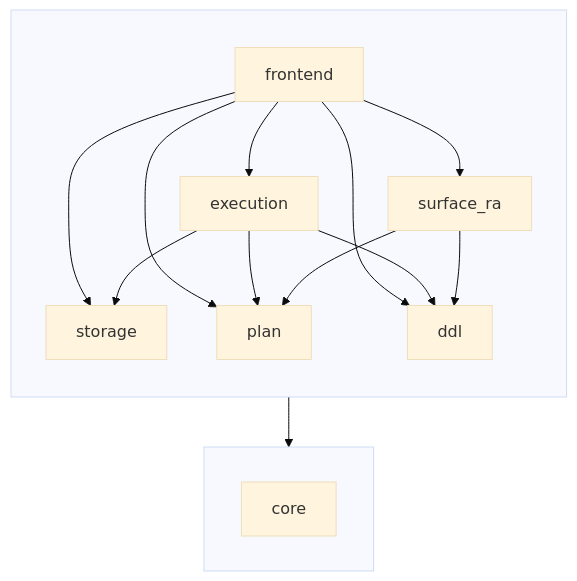
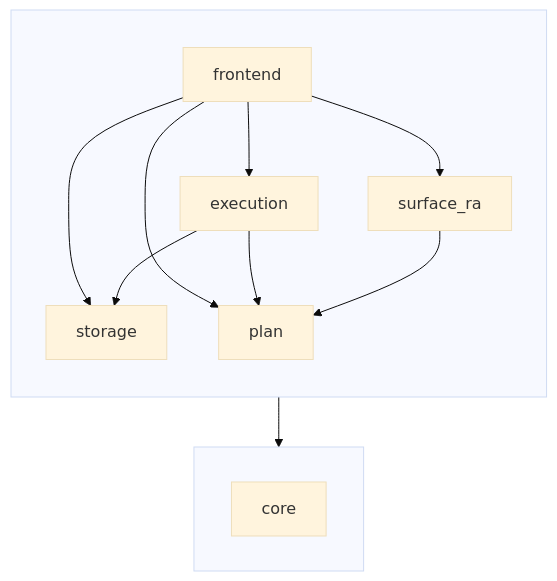
One commit to notahat/dovetail changed the diagram in docs/architecture.md. Above: the diagram before and after it, drawn with Mermaid (base theme). The commit also changed other lines of this file and 10 other files, not shown here.

````diff
--- a/docs/architecture.md
+++ b/docs/architecture.md
@@ -98,31 +99,27 @@
 ```mermaid
 graph TD
   subgraph upper [ ]
     direction TB
     storage[storage]
     plan[plan]
-    ddl[ddl]
     surface_ra[surface_ra]
     execution[execution]
     frontend[frontend]
 
     surface_ra --> plan
-    surface_ra --> ddl
 
     execution --> storage
     execution --> plan
-    execution --> ddl
 
     frontend --> storage
     frontend --> plan
-    frontend --> ddl
     frontend --> surface_ra
     frontend --> execution
   end
 
   subgraph foundation [ ]
     core[core]
   end
 
   upper --> foundation
 ```
````
